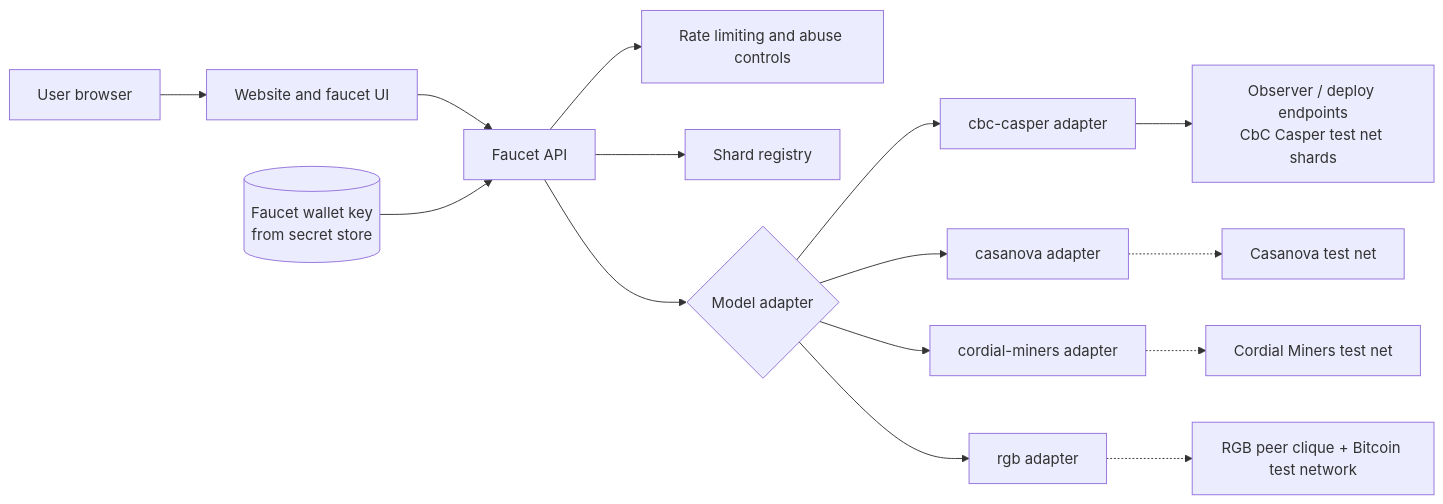
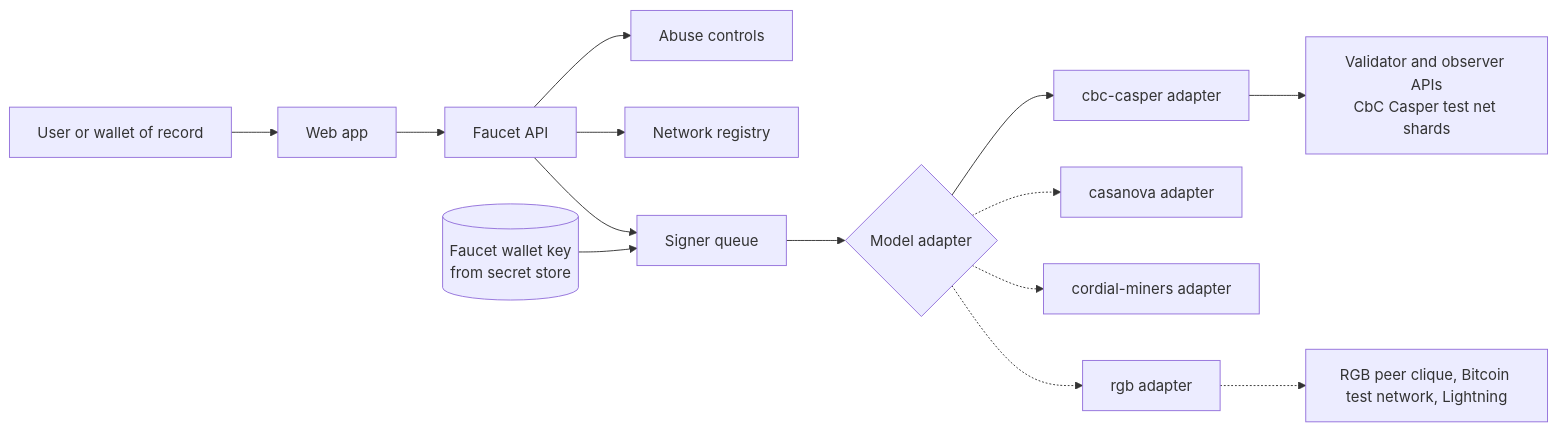
One commit to F1R3FLY-io/F1r3Faucet changed the diagram in README.md. Above: the diagram before and after it, drawn with Mermaid. The commit also changed other lines of this file and 10 other files, not shown here.

First line of the commit message:
docs: add faucet roadmap, epics, and design records

````diff
--- a/README.md
+++ b/README.md
@@ -39,17 +79,16 @@
 ```mermaid
 flowchart LR
-    U[User browser] --> W[Website and faucet UI]
+    U[User or wallet of record] --> W[Web app]
     W --> API[Faucet API]
-    API --> RL[Rate limiting and abuse controls]
-    API --> REG[Shard registry]
-    API --> AD{Model adapter}
+    API --> RL[Abuse controls]
+    API --> REG[Network registry]
+    API --> Q[Signer queue]
+    Q --> AD{Model adapter}
     AD --> C[cbc-casper adapter]
-    AD --> CA[casanova adapter]
-    AD --> CM[cordial-miners adapter]
-    AD --> R[rgb adapter]
-    C --> O1[Observer / deploy endpoints<br/>CbC Casper test net shards]
-    CA -.-> O2[Casanova test net]
-    CM -.-> O3[Cordial Miners test net]
-    R -.-> O4[RGB peer clique + Bitcoin test network]
-    KEY[(Faucet wallet key<br/>from secret store)] --> API
+    AD -.-> CA[casanova adapter]
+    AD -.-> CM[cordial-miners adapter]
+    AD -.-> R[rgb adapter]
+    C --> V[Validator and observer APIs<br/>CbC Casper test net shards]
+    R -.-> B[RGB peer clique, Bitcoin test network, Lightning]
+    KEY[(Faucet wallet key<br/>from secret store)] --> Q
 ```
````
